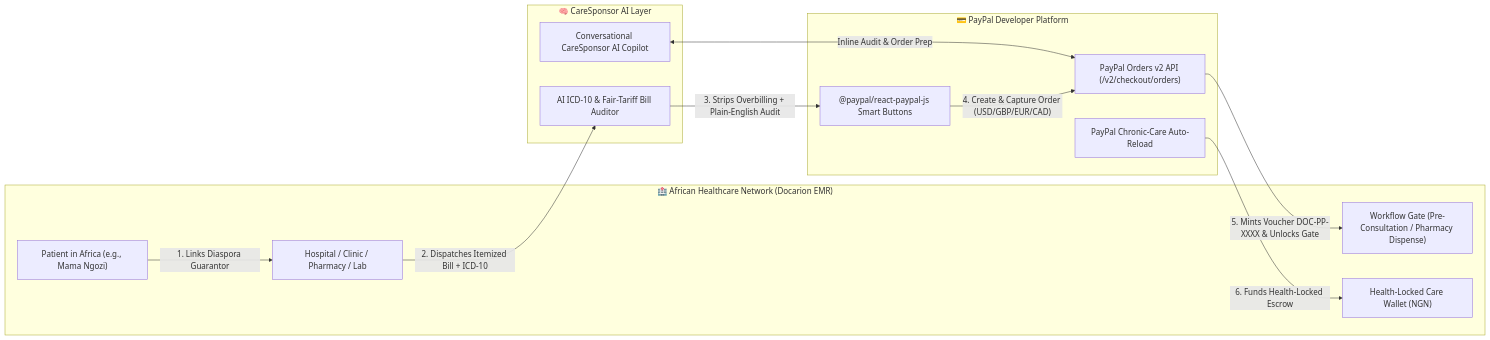
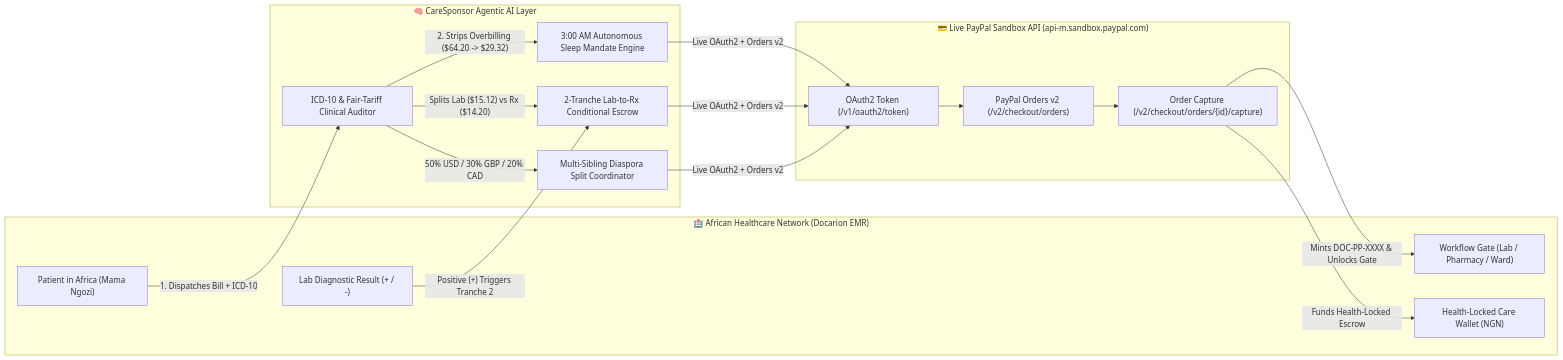
One commit to mannasync-cpu/docarion-caresponsor-ai changed the diagram in README.md. Above: the diagram before and after it, drawn with Mermaid. The commit also changed other lines of this file and 4 other files, not shown here.

Commit message:
feat: add 3 Agentic PayPal + Clinical AI innovations (3AM sleep mandate, 2-tranche lab-to-rx escrow, multi-sibling USD/GBP/CAD pool split)

````diff
--- a/README.md
+++ b/README.md
@@ -41,28 +64,31 @@
 ```mermaid
 flowchart LR
     subgraph Africa["🏥 African Healthcare Network (Docarion EMR)"]
-        PAT["Patient in Africa (e.g., Mama Ngozi)"]
-        FAC["Hospital / Clinic / Pharmacy / Lab"]
-        GATE["Workflow Gate (Pre-Consultation / Pharmacy Dispense)"]
+        PAT["Patient in Africa (Mama Ngozi)"]
+        LAB["Lab Diagnostic Result (+ / -)"]
+        GATE["Workflow Gate (Lab / Pharmacy / Ward)"]
         WLT["Health-Locked Care Wallet (NGN)"]
     end
 
-    subgraph AIEngine["🧠 CareSponsor AI Layer"]
-        AUD["AI ICD-10 & Fair-Tariff Bill Auditor"]
-        COP["Conversational CareSponsor AI Copilot"]
+    subgraph AgenticAI["🧠 CareSponsor Agentic AI Layer"]
+        AUD["ICD-10 & Fair-Tariff Clinical Auditor"]
+        MAN["3:00 AM Autonomous Sleep Mandate Engine"]
+        ESC["2-Tranche Lab-to-Rx Conditional Escrow"]
+        POOL["Multi-Sibling Diaspora Split Coordinator"]
     end
 
-    subgraph PayPalPlatform["💳 PayPal Developer Platform"]
-        SDK["@paypal/react-paypal-js Smart Buttons"]
-        ORD["PayPal Orders v2 API (/v2/checkout/orders)"]
-        SUB["PayPal Chronic-Care Auto-Reload"]
+    subgraph PayPalPlatform["💳 Live PayPal Sandbox API (api-m.sandbox.paypal.com)"]
+        OAUTH["OAuth2 Token (/v1/oauth2/token)"]
+        ORD["PayPal Orders v2 (/v2/checkout/orders)"]
+        CAP["Order Capture (/v2/checkout/orders/{id}/capture)"]
     end
 
-    PAT -->|"1. Links Diaspora Guarantor"| FAC
-    FAC -->|"2. Dispatches Itemized Bill + ICD-10"| AUD
-    AUD -->|"3. Strips Overbilling + Plain-English Audit"| SDK
-    COP <-->|"Inline Audit & Order Prep"| ORD
-    SDK -->|"4. Create & Capture Order (USD/GBP/EUR/CAD)"| ORD
-    ORD -->|"5. Mints Voucher DOC-PP-XXXX & Unlocks Gate"| GATE
-    SUB -->|"6. Funds Health-Locked Escrow"| WLT
+    PAT -->|"1. Dispatches Bill + ICD-10"| AUD
+    AUD -->|"2. Strips Overbilling ($64.20 -> $29.32)"| MAN
+    AUD -->|"Splits Lab ($15.12) vs Rx ($14.20)"| ESC
+    AUD -->|"50% USD / 30% GBP / 20% CAD"| POOL
+    LAB -->|"Positive (+) Triggers Tranche 2"| ESC
+    MAN & ESC & POOL -->|"Live OAuth2 + Orders v2"| OAUTH --> ORD --> CAP
+    CAP -->|"Mints DOC-PP-XXXX & Unlocks Gate"| GATE
+    CAP -->|"Funds Health-Locked Escrow"| WLT
 ```
````
